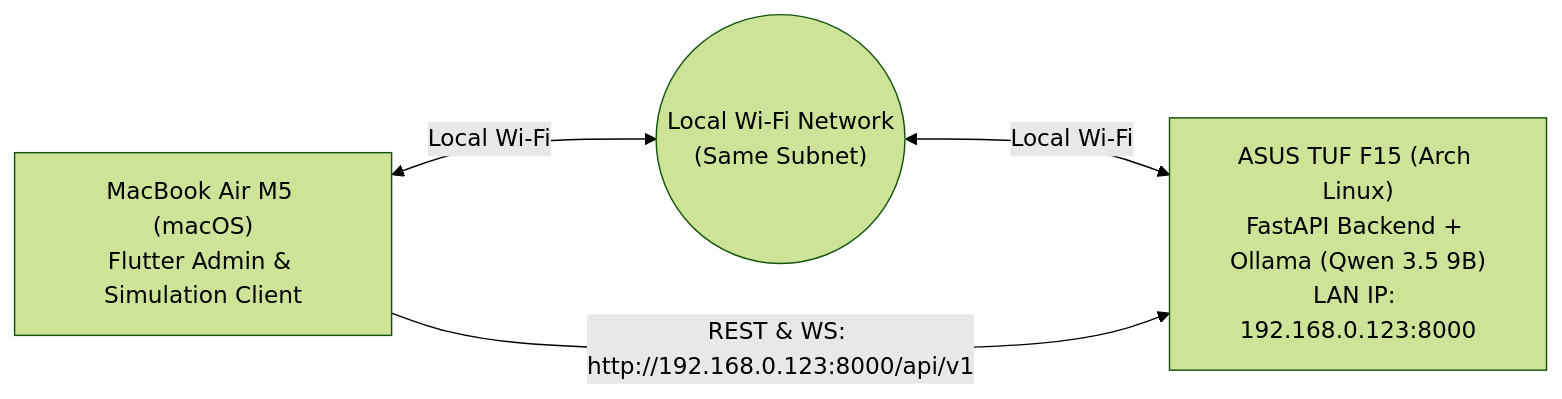
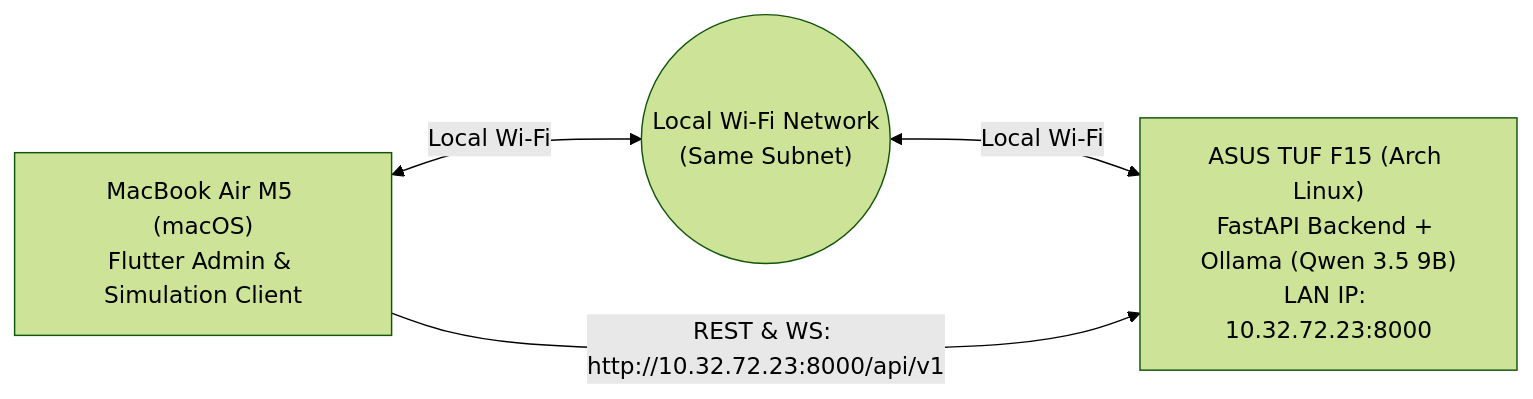
Before and after one commit to siddhant-dev10/Timbre: the diagram in docs/SETUP_MAC.md, drawn with Mermaid (forest theme). The commit also changed other lines of this file and 16 other files, not shown here.

Commit message:
feat: configure Timbre ASUS backend and ElevenLabs TTS

````diff
--- a/docs/SETUP_MAC.md
+++ b/docs/SETUP_MAC.md
@@ -11,10 +11,10 @@
 ```mermaid
 flowchart LR
     Mac["MacBook Air M5 (macOS)\nFlutter Admin & Simulation Client"]
     WiFi(("Local Wi-Fi Network\n(Same Subnet)"))
-    Asus["ASUS TUF F15 (Arch Linux)\nFastAPI Backend + Ollama (Qwen 3.5 9B)\nLAN IP: 192.168.0.123:8000"]
+    Asus["ASUS TUF F15 (Arch Linux)\nFastAPI Backend + Ollama (Qwen 3.5 9B)\nLAN IP: 10.32.72.23:8000"]
 
     Mac <-->|Local Wi-Fi| WiFi
     WiFi <-->|Local Wi-Fi| Asus
-    Mac -->|REST & WS: http://192.168.0.123:8000/api/v1| Asus
+    Mac -->|REST & WS: http://10.32.72.23:8000/api/v1| Asus
 ```
````
